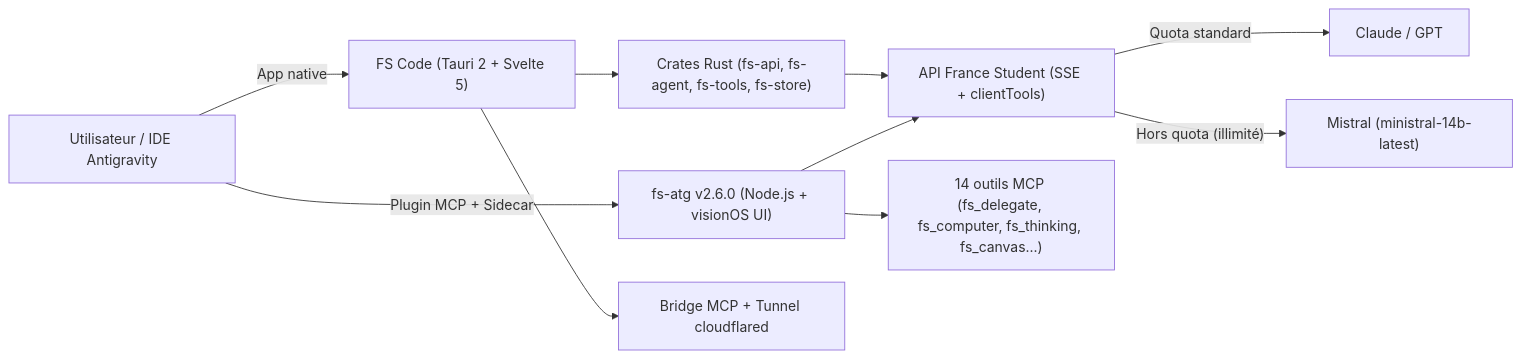
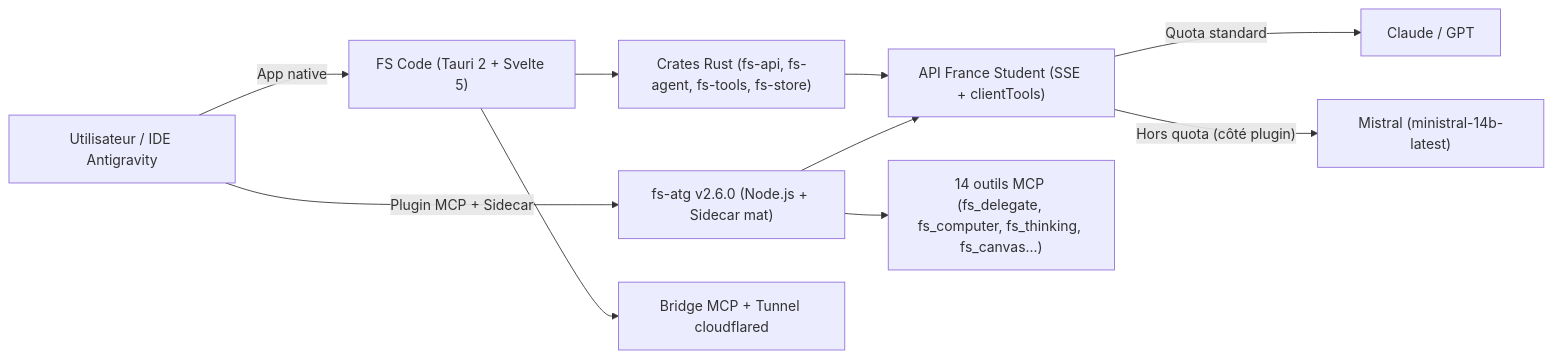
One commit to NoRushJustCat/FranceStudent_Desktop changed the diagram in README.md. Above: the diagram before and after it, drawn with Mermaid. The commit also changed other lines of this file and 18 other files, not shown here.

Commit message:
feat: rendu mat épuré, garde 0% Mistral, routage smart MAX, agent natif & doc GitHub vérifiée

````diff
--- a/README.md
+++ b/README.md
@@ -46,14 +92,14 @@
 ```mermaid
 flowchart LR
   U["Utilisateur / IDE Antigravity"] -->|"App native"| FS["FS Code (Tauri 2 + Svelte 5)"]
-  U -->|"Plugin MCP + Sidecar"| ATG["fs-atg v2.6.0 (Node.js + visionOS UI)"]
+  U -->|"Plugin MCP + Sidecar"| ATG["fs-atg v2.6.0 (Node.js + Sidecar mat)"]
 
   FS --> CR["Crates Rust (fs-api, fs-agent, fs-tools, fs-store)"]
   FS --> BR["Bridge MCP + Tunnel cloudflared"]
   CR --> API["API France Student (SSE + clientTools)"]
 
   ATG --> MCP["14 outils MCP (fs_delegate, fs_computer, fs_thinking, fs_canvas...)"]
   ATG --> API
   API -->|"Quota standard"| M1["Claude / GPT"]
-  API -->|"Hors quota (illimité)"| M2["Mistral (ministral-14b-latest)"]
+  API -->|"Hors quota (côté plugin)"| M2["Mistral (ministral-14b-latest)"]
 ```
````
